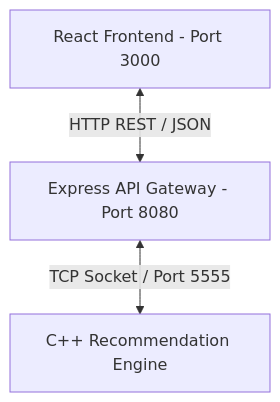
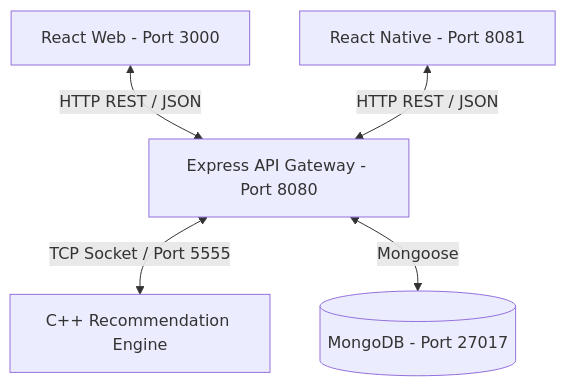
One commit to TamarKrakover/TMT-delivery-app changed the diagram in README.md. Above: the diagram before and after it, drawn with Mermaid. The commit also changed other lines of this file and 6 other files, not shown here.

````diff
--- a/README.md
+++ b/README.md
@@ -45,5 +72,7 @@
 ```mermaid
 graph TD
-    Client[React Frontend - Port 3000] <-->|HTTP REST / JSON| API[Express API Gateway - Port 8080]
+    WebClient[React Web - Port 3000] <-->|HTTP REST / JSON| API[Express API Gateway - Port 8080]
+    MobileClient[React Native - Port 8081] <-->|HTTP REST / JSON| API
     API <-->|TCP Socket / Port 5555| Recommendation[C++ Recommendation Engine]
+    API <-->|Mongoose| DB[(MongoDB - Port 27017)]
 ```
````
